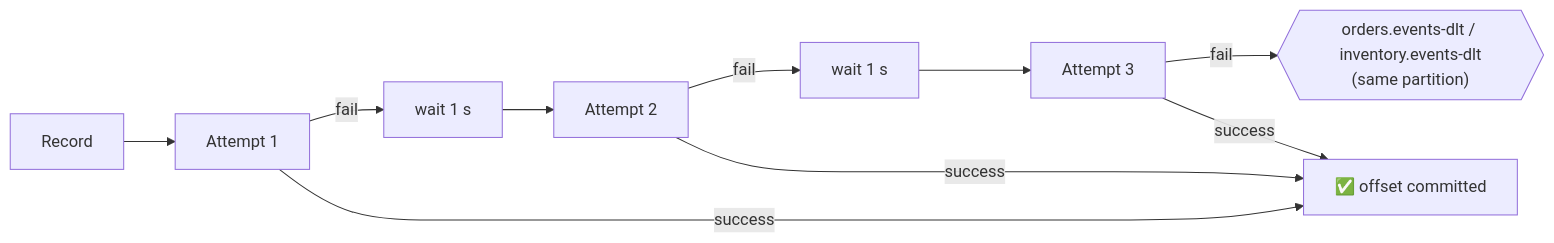
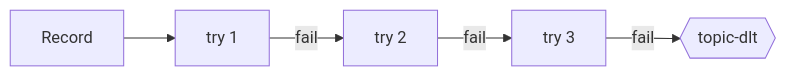
The ninth of 10 diagrams in README.md (BayechouAbdelhadi/kafka-java-demo), drawn with Mermaid before and after one commit. The commit also changed other lines of this file, not shown here.

Commit message:
Refactor README.md to improve clarity and structure, updating architecture and component descriptions for the Event-Driven Order System

````diff
--- a/README.md
+++ b/README.md
@@ -482,5 +180,4 @@
 ```mermaid
 flowchart LR
-    M[Record] --> A1[Attempt 1] -- fail --> W1[wait 1 s] --> A2[Attempt 2] -- fail --> W2[wait 1 s] --> A3[Attempt 3] -- fail --> DLT{{"orders.events-dlt / inventory.events-dlt<br/>(same partition)"}}
-    A1 & A2 & A3 -- success --> OK[✅ offset committed]
+    M[Record] --> A1[try 1] -- fail --> A2[try 2] -- fail --> A3[try 3] -- fail --> DLT{{topic-dlt}}
 ```
````
